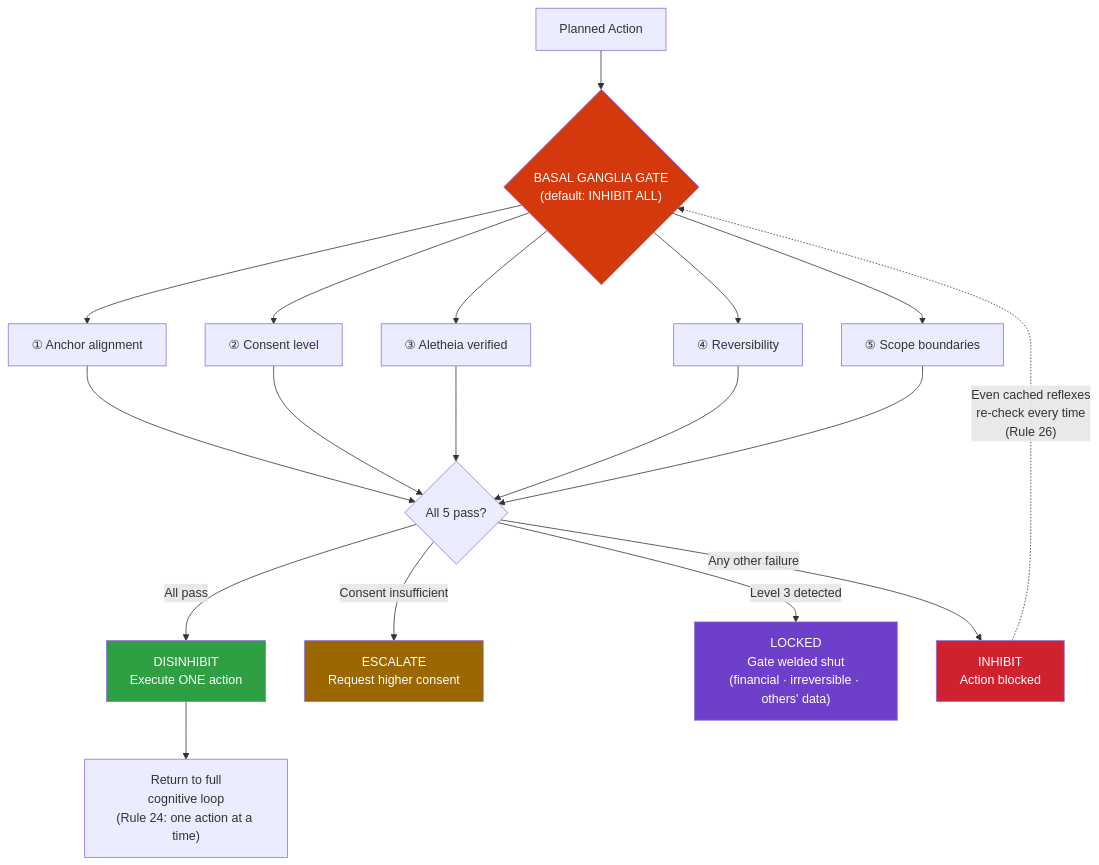
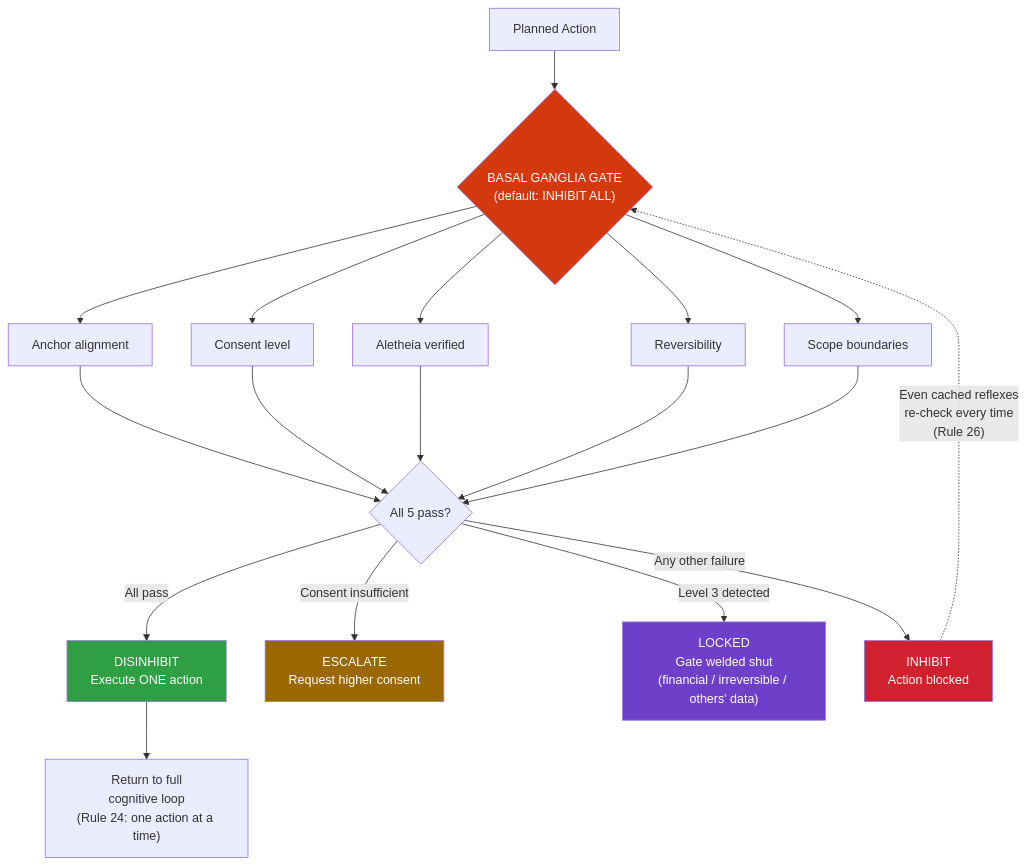
One commit to JosephOIbrahim/Harlo changed the fifth of 7 diagrams in README.md. Above: the diagram before and after it, drawn with Mermaid. The commit also changed other lines of this file, not shown here.

````diff
--- a/README.md
+++ b/README.md
@@ -148,26 +233,26 @@
 ```mermaid
 flowchart TD
     ACT["Planned Action"] --> BG{"BASAL GANGLIA GATE\n(default: INHIBIT ALL)"}
-    BG --> C1["① Anchor alignment"]
-    BG --> C2["② Consent level"]
-    BG --> C3["③ Aletheia verified"]
-    BG --> C4["④ Reversibility"]
-    BG --> C5["⑤ Scope boundaries"]
+    BG --> C1["Anchor alignment"]
+    BG --> C2["Consent level"]
+    BG --> C3["Aletheia verified"]
+    BG --> C4["Reversibility"]
+    BG --> C5["Scope boundaries"]
 
     C1 & C2 & C3 & C4 & C5 --> CHK{"All 5 pass?"}
 
     CHK -->|"All pass"| DIS["DISINHIBIT\nExecute ONE action"]
     CHK -->|"Consent insufficient"| ESC["ESCALATE\nRequest higher consent"]
-    CHK -->|"Level 3 detected"| LOCK["LOCKED\nGate welded shut\n(financial · irreversible · others' data)"]
+    CHK -->|"Level 3 detected"| LOCK["LOCKED\nGate welded shut\n(financial / irreversible / others' data)"]
     CHK -->|"Any other failure"| INH["INHIBIT\nAction blocked"]
 
     DIS --> LOOP["Return to full\ncognitive loop\n(Rule 24: one action at a time)"]
 
     INH -.->|"Even cached reflexes\nre-check every time\n(Rule 26)"| BG
 
     style BG fill:#d4380d,color:#fff
     style DIS fill:#2ea043,color:#fff
     style LOCK fill:#6e40c9,color:#fff
     style INH fill:#cf222e,color:#fff
     style ESC fill:#9a6700,color:#fff
 ```
````
